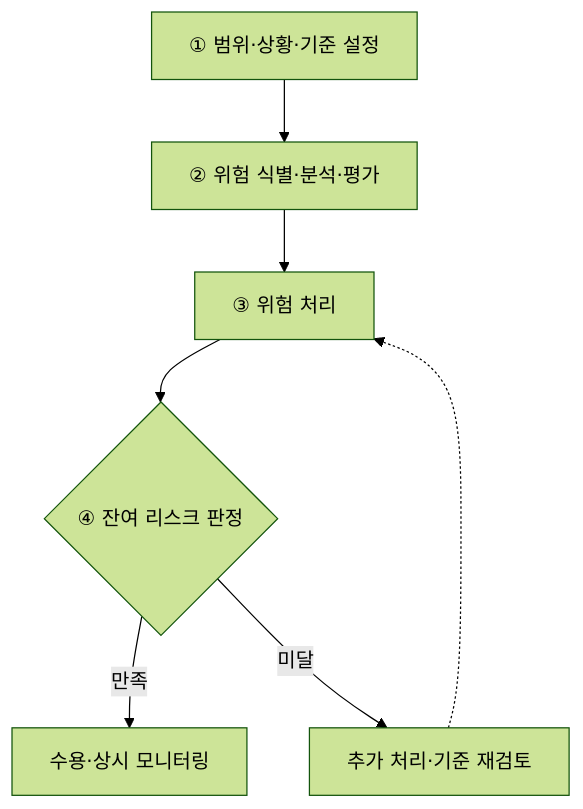
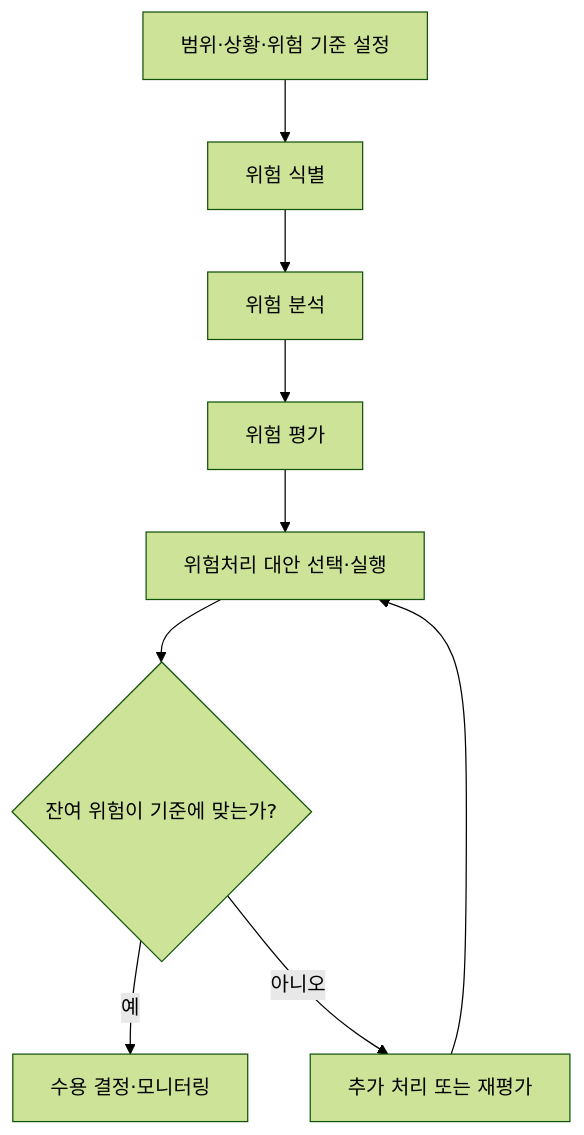
Before and after one commit to agnusdei1207/study: the third of 3 diagrams in src/content/docs/notes/itpe/01-it-strategy/069_iso_31000.md, drawn with Mermaid (forest theme). The commit also changed other lines of this file and 2 other files, not shown here.

````diff
--- a/src/content/docs/notes/itpe/01-it-strategy/069_iso_31000.md
+++ b/src/content/docs/notes/itpe/01-it-strategy/069_iso_31000.md
@@ -154,8 +120,7 @@
 ```mermaid
 flowchart TD
-    S1["① 범위·상황·기준 설정"] --> S2["② 위험 식별·분석·평가"] --> S3["③ 위험 처리"] --> S4{"④ 잔여 리스크 판정"}
-
-    S4 -->|만족| P_PASS["수용·상시 모니터링"]
-    S4 -->|미달| P_FAIL["추가 처리·기준 재검토"]
-    P_FAIL -.-> S3
+    A["범위·상황·위험 기준 설정"] --> B["위험 식별"] --> C["위험 분석"] --> D["위험 평가"] --> E["위험처리 대안 선택·실행"] --> F{"잔여 위험이 기준에 맞는가?"}
+    F -->|예| G["수용 결정·모니터링"]
+    F -->|아니오| H["추가 처리 또는 재평가"]
+    H --> E
 ```
````
